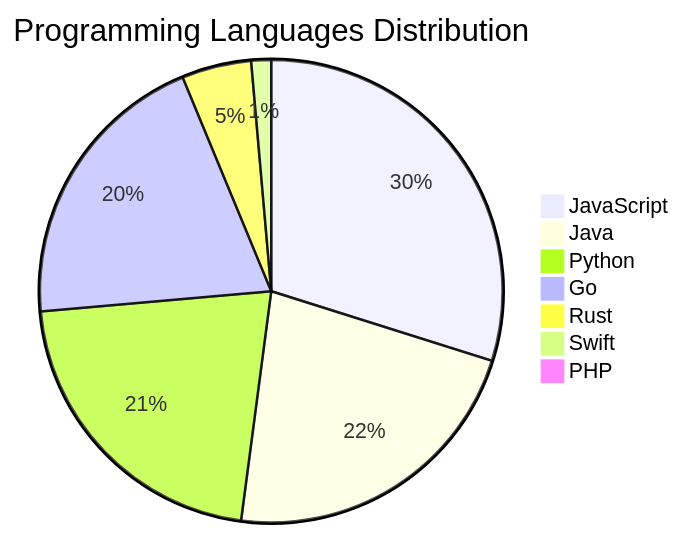
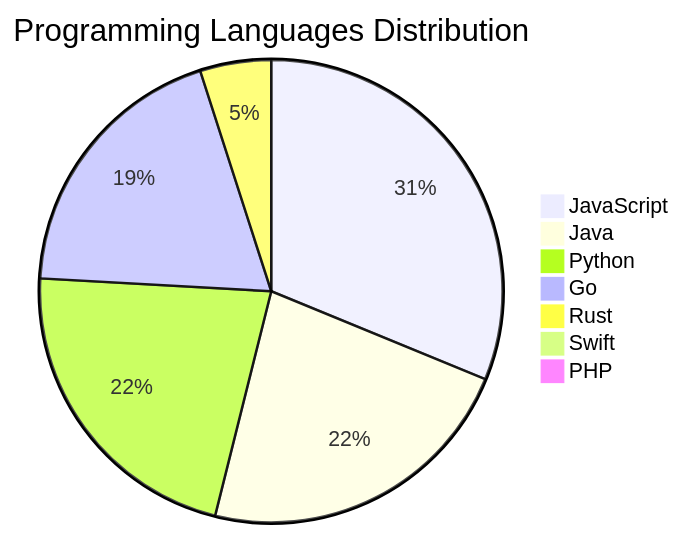
Before and after one commit to Derrick-MUGISHA/github-activity-bot: the diagram in README.md, drawn with Mermaid. The commit also changed other lines of this file and 4 other files, not shown here.

````diff
--- a/README.md
+++ b/README.md
@@ -207,10 +207,10 @@
 ```mermaid
 pie title Programming Languages Distribution
-    "JavaScript" : 43
+    "JavaScript" : 44
     "Java" : 32
     "Python" : 31
-    "Go" : 29
+    "Go" : 27
     "Rust" : 7
-    "Swift" : 2
+    "Swift" : 1
     "PHP" : 1
 ```
````
